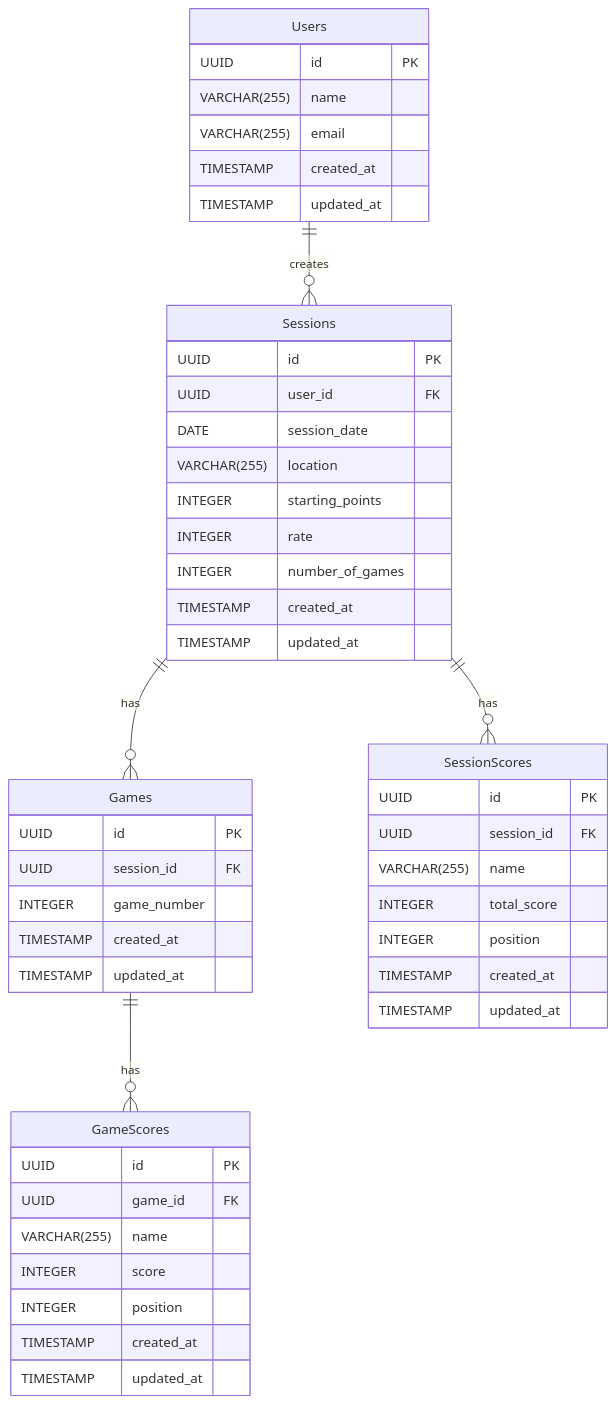
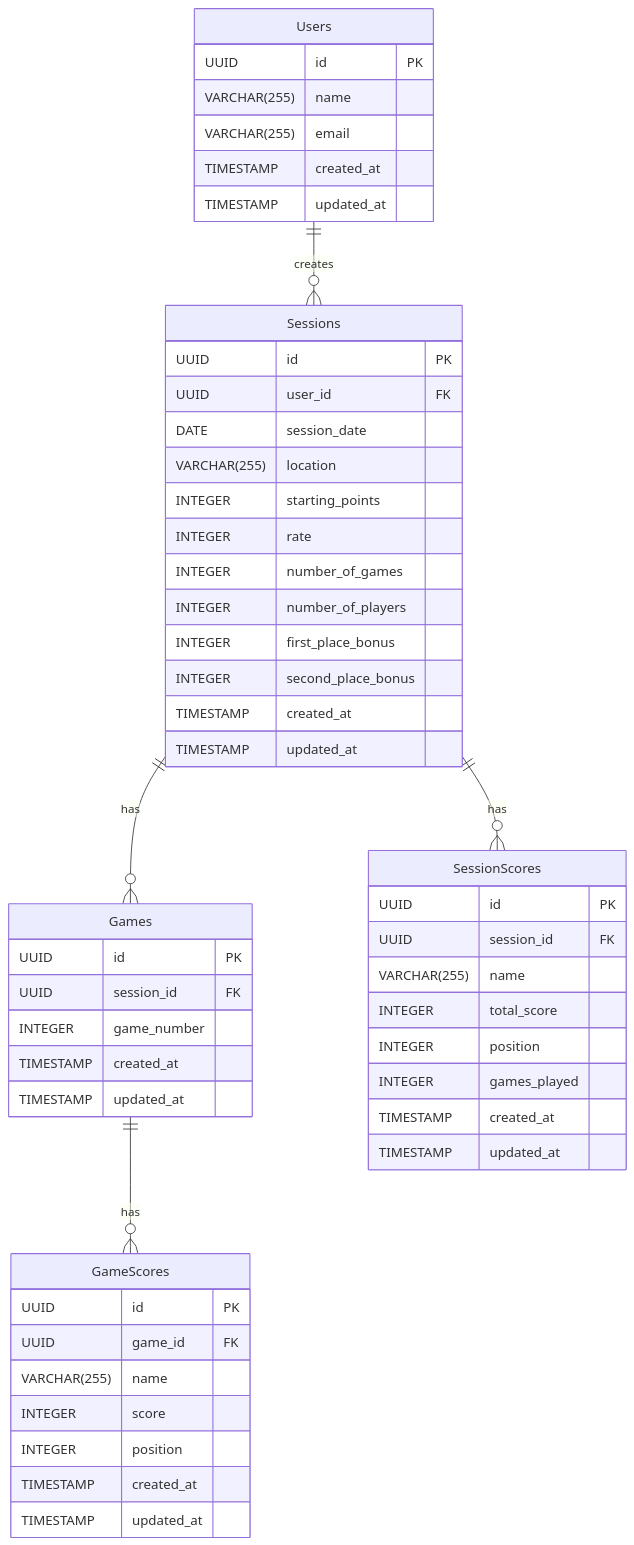
One commit to yamashin01/mahjong changed the diagram in docs/specification.md. Above: the diagram before and after it, drawn with Mermaid. The commit also changed other lines of this file, not shown here.

````diff
--- a/docs/specification.md
+++ b/docs/specification.md
@@ -27,55 +28,59 @@
 ```mermaid
 erDiagram
     Users ||--o{ Sessions : creates
     Sessions ||--o{ Games : has
     Sessions ||--o{ SessionScores : has
     Games ||--o{ GameScores : has
 
     Users {
         UUID id PK
         VARCHAR(255) name
         VARCHAR(255) email
         TIMESTAMP created_at
         TIMESTAMP updated_at
     }
 
     Sessions {
         UUID id PK
         UUID user_id FK
         DATE session_date
         VARCHAR(255) location
         INTEGER starting_points
         INTEGER rate
         INTEGER number_of_games
+        INTEGER number_of_players
+        INTEGER first_place_bonus
+        INTEGER second_place_bonus
         TIMESTAMP created_at
         TIMESTAMP updated_at
     }
 
     SessionScores {
         UUID id PK
         UUID session_id FK
         VARCHAR(255) name
         INTEGER total_score
         INTEGER position
+        INTEGER games_played
         TIMESTAMP created_at
         TIMESTAMP updated_at
     }
 
     Games {
         UUID id PK
         UUID session_id FK
         INTEGER game_number
         TIMESTAMP created_at
         TIMESTAMP updated_at
     }
 
     GameScores {
         UUID id PK
         UUID game_id FK
         VARCHAR(255) name
         INTEGER score
         INTEGER position
         TIMESTAMP created_at
         TIMESTAMP updated_at
     }
 ```
````
